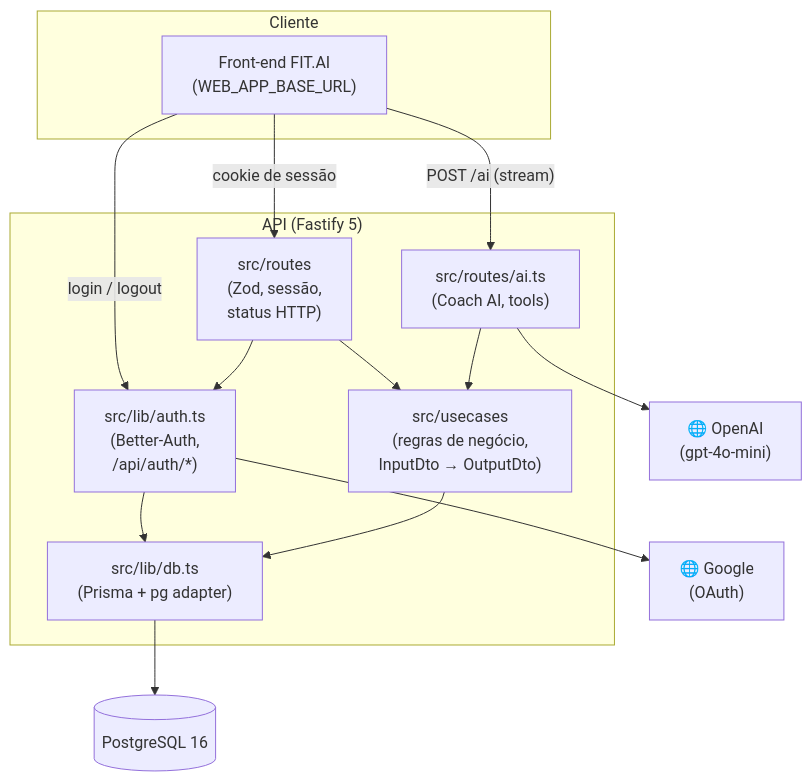
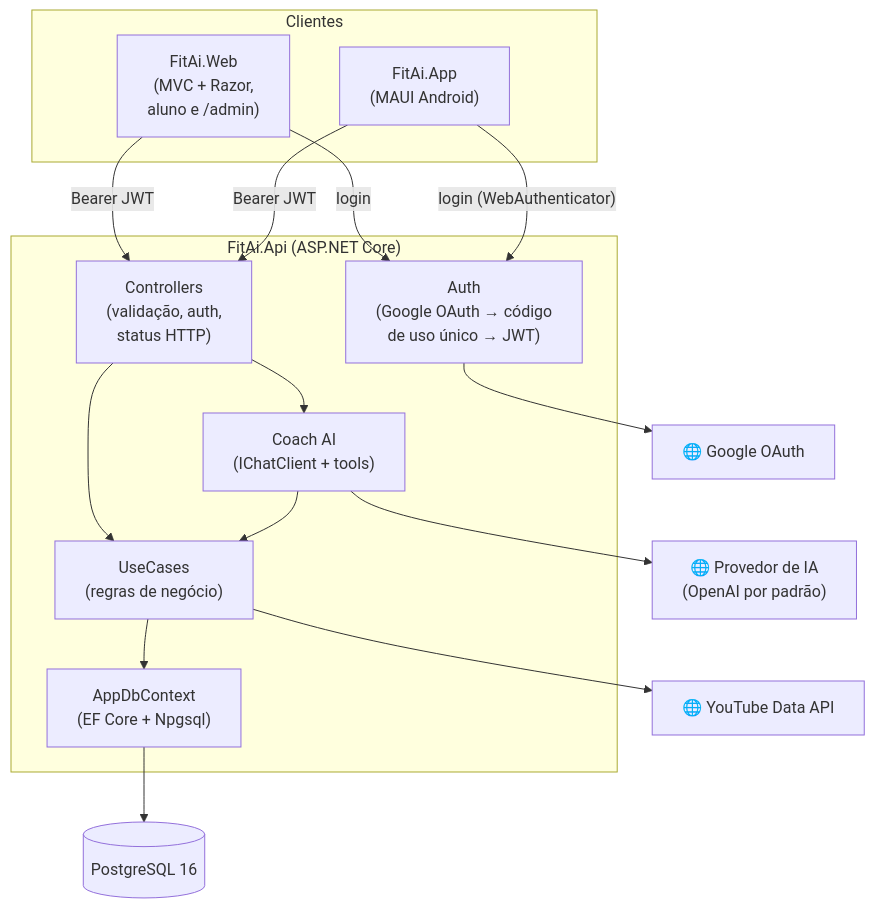
One commit to ivanclay/bootcamp-treinos-FSC changed the diagram in README.md. Above: the diagram before and after it, drawn with Mermaid. The commit also changed other lines of this file, not shown here.

First line of the commit message:
docs: rewrite README for the .NET 10 solution

````diff
--- a/README.md
+++ b/README.md
@@ -48,30 +62,33 @@
 ```mermaid
 graph TD
-    subgraph "Cliente"
-        Web["Front-end FIT.AI<br/>(WEB_APP_BASE_URL)"]
+    subgraph "Clientes"
+        Web["FitAi.Web<br/>(MVC + Razor,<br/>aluno e /admin)"]
+        App["FitAi.App<br/>(MAUI Android)"]
     end
 
-    subgraph "API (Fastify 5)"
-        Rotas["src/routes<br/>(Zod, sessão,<br/>status HTTP)"]
-        Auth["src/lib/auth.ts<br/>(Better-Auth,<br/>/api/auth/*)"]
-        IA["src/routes/ai.ts<br/>(Coach AI, tools)"]
-        UseCases["src/usecases<br/>(regras de negócio,<br/>InputDto → OutputDto)"]
-        Prisma["src/lib/db.ts<br/>(Prisma + pg adapter)"]
+    subgraph "FitAi.Api (ASP.NET Core)"
+        Controllers["Controllers<br/>(validação, auth,<br/>status HTTP)"]
+        Auth["Auth<br/>(Google OAuth → código<br/>de uso único → JWT)"]
+        Coach["Coach AI<br/>(IChatClient + tools)"]
+        UseCases["UseCases<br/>(regras de negócio)"]
+        Db["AppDbContext<br/>(EF Core + Npgsql)"]
     end
 
     Banco[("PostgreSQL 16")]
-    Google["🌐 Google<br/>(OAuth)"]
-    OpenAI["🌐 OpenAI<br/>(gpt-4o-mini)"]
+    Google["🌐 Google OAuth"]
+    IA["🌐 Provedor de IA<br/>(OpenAI por padrão)"]
+    YouTube["🌐 YouTube Data API"]
 
-    Web -->|"cookie de sessão"| Rotas
-    Web -->|"login / logout"| Auth
-    Web -->|"POST /ai (stream)"| IA
-    Rotas --> Auth
-    Rotas --> UseCases
-    IA --> UseCases
-    IA --> OpenAI
+    Web -->|"Bearer JWT"| Controllers
+    App -->|"Bearer JWT"| Controllers
+    Web -->|"login"| Auth
+    App -->|"login (WebAuthenticator)"| Auth
+    Controllers --> UseCases
+    Coach --> UseCases
+    Controllers --> Coach
     Auth --> Google
-    Auth --> Prisma
-    UseCases --> Prisma
-    Prisma --> Banco
+    Coach --> IA
+    UseCases --> YouTube
+    UseCases --> Db
+    Db --> Banco
 ```
````
